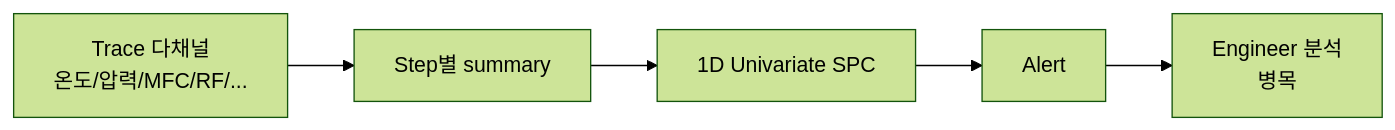
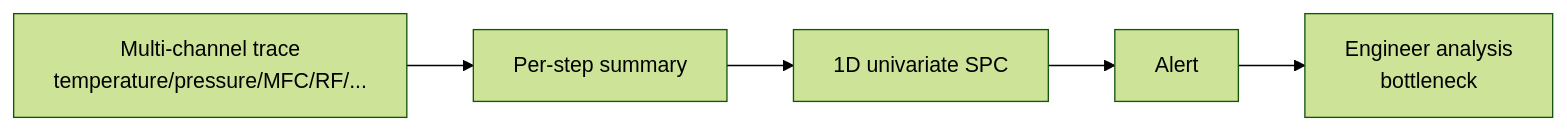
One commit to btjeon/sic-wiki changed the first of 4 diagrams in docs/04-control-ai/fdc-ai-anomaly.md. Above: the diagram before and after it, drawn with Mermaid (forest theme). The commit also changed other lines of this file and 9 other files, not shown here.

````diff
--- a/docs/04-control-ai/fdc-ai-anomaly.md
+++ b/docs/04-control-ai/fdc-ai-anomaly.md
@@ -13,7 +18,7 @@
 ```mermaid
 flowchart LR
-    A[Trace 다채널<br/>온도/압력/MFC/RF/...] --> B[Step별 summary]
-    B --> C[1D Univariate SPC]
+    A[Multi-channel trace<br/>temperature/pressure/MFC/RF/...] --> B[Per-step summary]
+    B --> C[1D univariate SPC]
     C --> D[Alert]
-    D --> E[Engineer 분석<br/>병목]
+    D --> E[Engineer analysis<br/>bottleneck]
 ```
````
